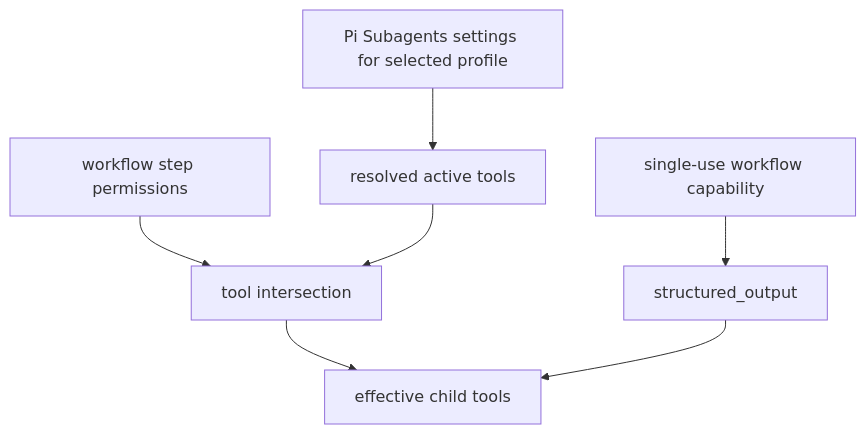
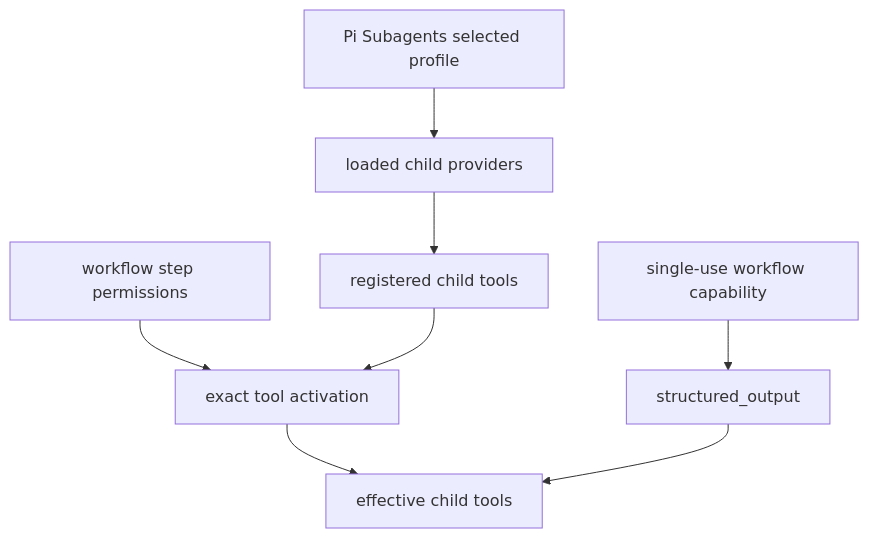
One commit to wichayutdew/pi-workflows changed the sixth of 6 diagrams in openwiki/integrations/subagents.md. Above: the diagram before and after it, drawn with Mermaid. The commit also changed other lines of this file and 32 other files, not shown here.

````diff
--- a/openwiki/integrations/subagents.md
+++ b/openwiki/integrations/subagents.md
@@ -159,9 +187,10 @@
 ```mermaid
 flowchart TD
-  Settings[Pi Subagents settings for selected profile] --> Runtime[resolved active tools]
-  Workflow[workflow step permissions] --> Intersection[tool intersection]
-  Runtime --> Intersection
+  Settings[Pi Subagents selected profile] --> Providers[loaded child providers]
+  Workflow[workflow step permissions] --> Activation[exact tool activation]
+  Providers --> Registered[registered child tools]
+  Registered --> Activation
   Capability[single-use workflow capability] --> Completion[structured_output]
-  Intersection --> Effective[effective child tools]
+  Activation --> Effective[effective child tools]
   Completion --> Effective
 ```
````
